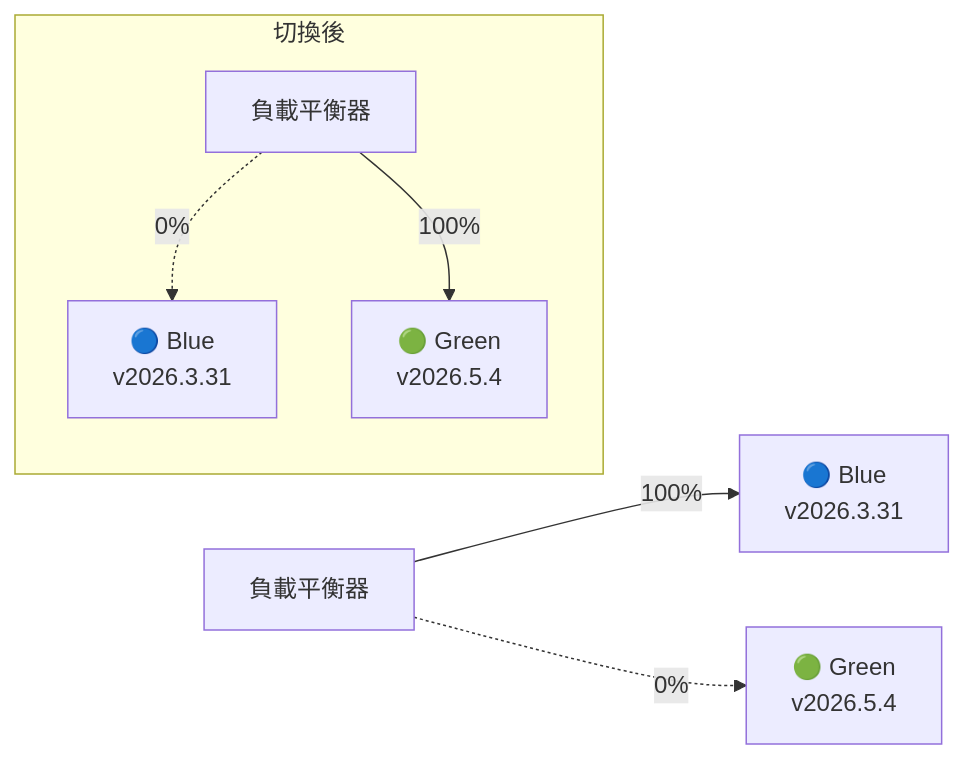
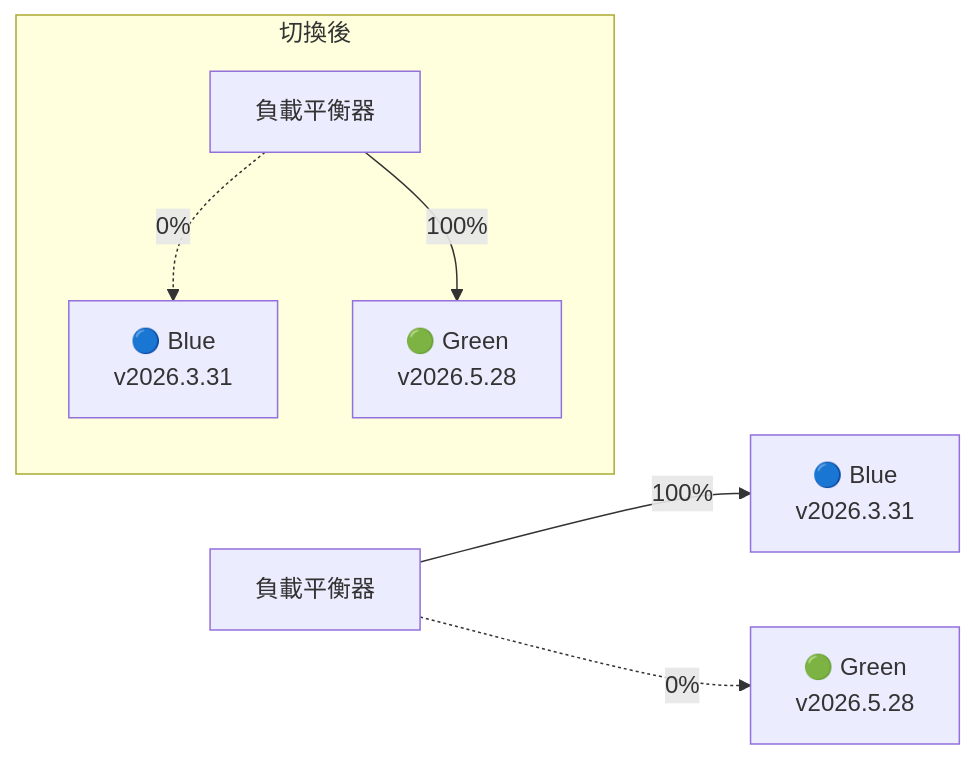
Before and after one commit to chihhung/Blog: diagram 36 of 51 in content/posts/教學/AI開發/OpenClaw生態系教學手冊.md, drawn with Mermaid. The commit also changed other lines of this file and 1 other file, not shown here.

````diff
--- a/content/posts/教學/AI開發/OpenClaw生態系教學手冊.md
+++ b/content/posts/教學/AI開發/OpenClaw生態系教學手冊.md
@@ -6499,10 +6503,10 @@
 ```mermaid
 flowchart LR
     LB[負載平衡器] --> |100%| BLUE[🔵 Blue<br>v2026.3.31]
-    LB -.-> |0%| GREEN[🟢 Green<br>v2026.5.4]
+    LB -.-> |0%| GREEN[🟢 Green<br>v2026.5.28]
     
     subgraph "切換後"
         LB2[負載平衡器] -.-> |0%| BLUE2[🔵 Blue<br>v2026.3.31]
-        LB2 --> |100%| GREEN2[🟢 Green<br>v2026.5.4]
+        LB2 --> |100%| GREEN2[🟢 Green<br>v2026.5.28]
     end
 ```
````
